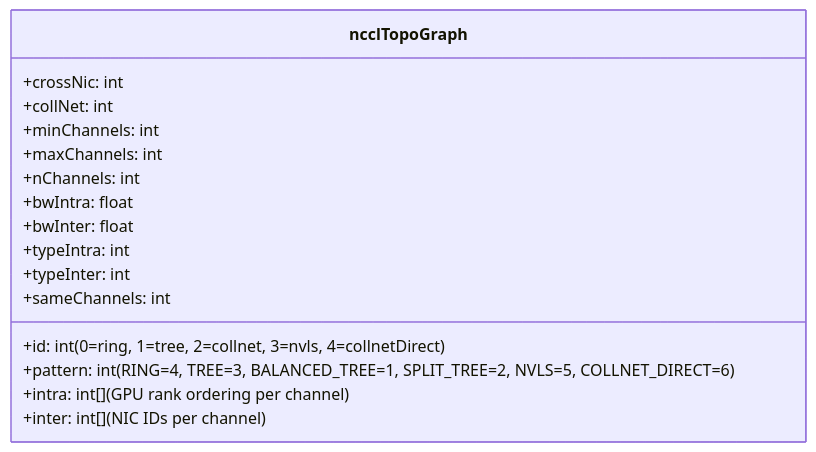
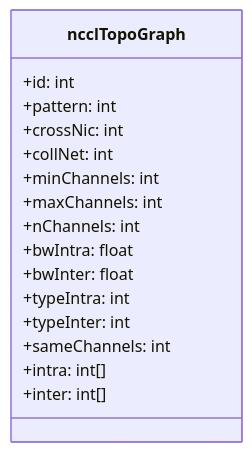
Before and after one commit to s0okiym/share: the fifth of 8 diagrams in dd_nccl_glm5.1/02-topology.md, drawn with Mermaid. The commit also changed other lines of this file and 19 other files, not shown here.

````diff
--- a/dd_nccl_glm5.1/02-topology.md
+++ b/dd_nccl_glm5.1/02-topology.md
@@ -234,19 +246,19 @@
 ```mermaid
 classDiagram
     class ncclTopoGraph {
-        +id: int (0=ring, 1=tree, 2=collnet, 3=nvls, 4=collnetDirect)
-        +pattern: int (RING=4, TREE=3, BALANCED_TREE=1, SPLIT_TREE=2, NVLS=5, COLLNET_DIRECT=6)
+        +id: int
+        +pattern: int
         +crossNic: int
         +collNet: int
         +minChannels: int
         +maxChannels: int
         +nChannels: int
         +bwIntra: float
         +bwInter: float
         +typeIntra: int
         +typeInter: int
         +sameChannels: int
-        +intra: int[] (GPU rank ordering per channel)
-        +inter: int[] (NIC IDs per channel)
+        +intra: int[]
+        +inter: int[]
     }
 ```
````
